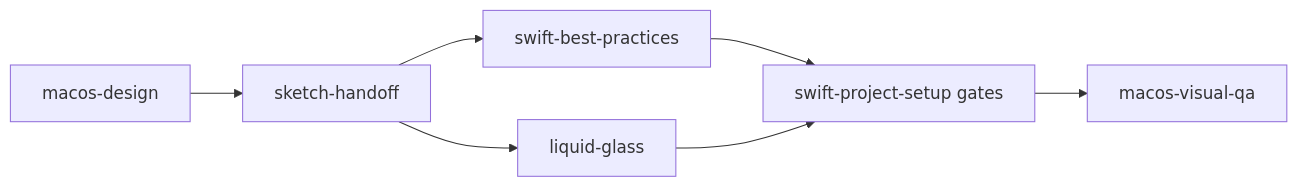
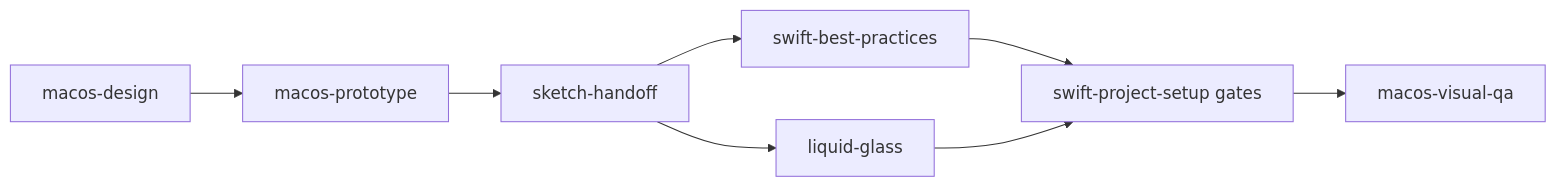
Before and after one commit to tailrocks/tailrocks-skills: the first of 2 diagrams in docs/content/docs/choosing.mdx, drawn with Mermaid. The commit also changed other lines of this file and 24 other files, not shown here.

````diff
--- a/docs/content/docs/choosing.mdx
+++ b/docs/content/docs/choosing.mdx
@@ -42,9 +42,10 @@
 ```mermaid
 flowchart LR
-  design["macos-design"] --> handoff["sketch-handoff"]
+  design["macos-design"] --> proto["macos-prototype"]
+  proto --> handoff["sketch-handoff"]
   handoff --> swift["swift-best-practices"]
   handoff --> glass["liquid-glass"]
   swift --> gates["swift-project-setup gates"]
   glass --> gates
   gates --> qa["macos-visual-qa"]
 ```
````
